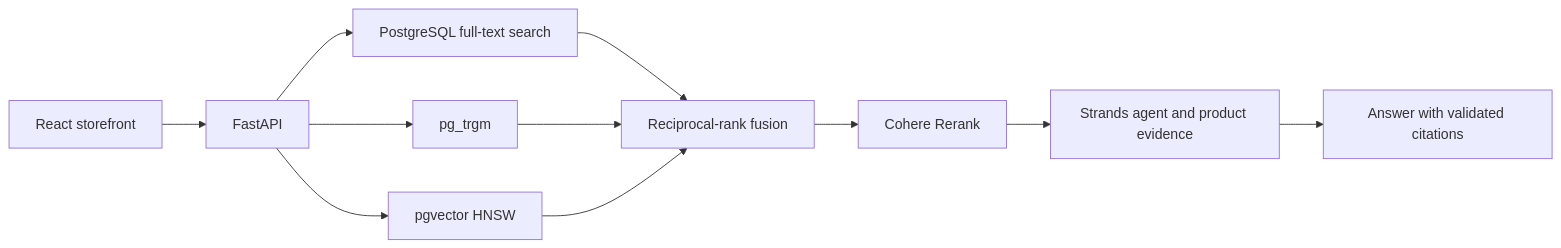
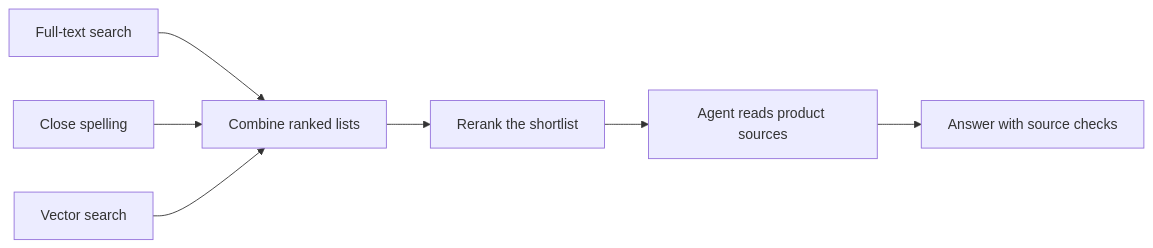
Before and after one commit to aws-samples/sample-agentic-hybrid-retrieval-aurora-postgresql: the diagram in README.md, drawn with Mermaid. The commit also changed other lines of this file and 7 other files, not shown here.

````diff
--- a/README.md
+++ b/README.md
@@ -92,13 +49,9 @@
 ```mermaid
 flowchart LR
-    UI[React storefront] --> API[FastAPI]
-    API --> FTS[PostgreSQL full-text search]
-    API --> TRGM[pg_trgm]
-    API --> VECTOR[pgvector HNSW]
-    FTS --> RRF[Reciprocal-rank fusion]
-    TRGM --> RRF
-    VECTOR --> RRF
-    RRF --> RERANK[Cohere Rerank]
-    RERANK --> AGENT[Strands agent and product evidence]
-    AGENT --> ANSWER[Answer with validated citations]
+    FTS[Full-text search] --> RRF[Combine ranked lists]
+    TRGM[Close spelling] --> RRF
+    VECTOR[Vector search] --> RRF
+    RRF --> RERANK[Rerank the shortlist]
+    RERANK --> AGENT[Agent reads product sources]
+    AGENT --> ANSWER[Answer with source checks]
 ```
````
